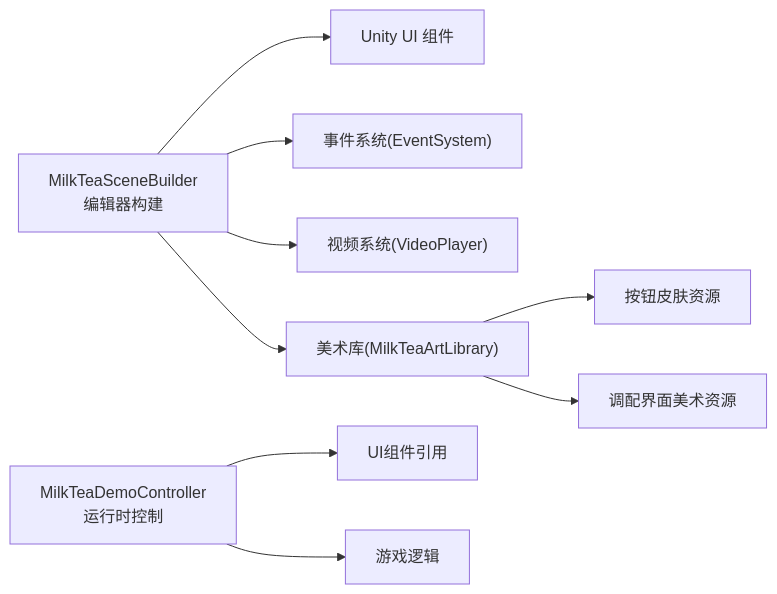
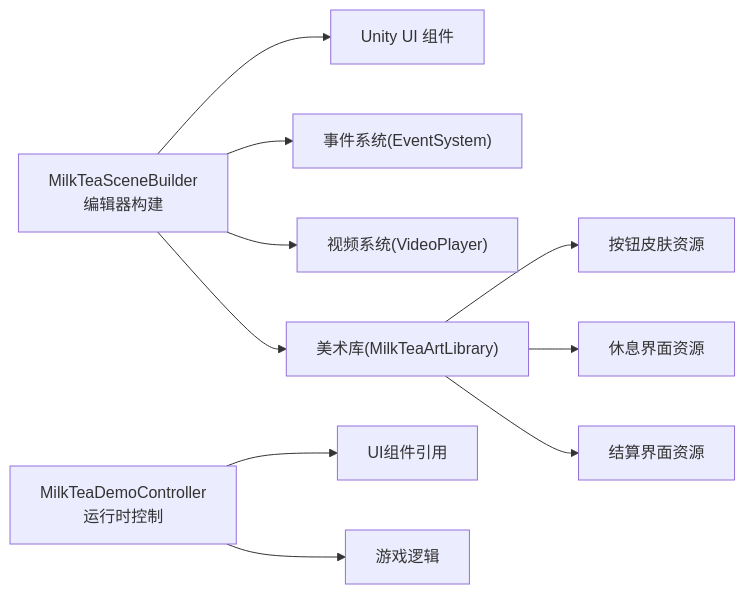
The fifth of 5 diagrams in .qoder/repowiki/zh/content/核心系统详解/UI系统架构.md (Thanatos42/-demo), drawn with Mermaid before and after one commit. The commit also changed other lines of this file and 2 other files, not shown here.

````diff
--- a/.qoder/repowiki/zh/content/核心系统详解/UI系统架构.md
+++ b/.qoder/repowiki/zh/content/核心系统详解/UI系统架构.md
@@ -391,11 +401,12 @@
 ```mermaid
 graph LR
 Builder["MilkTeaSceneBuilder<br/>编辑器构建"] --> UnityUI["Unity UI 组件"]
 Builder --> EventSys["事件系统(EventSystem)"]
 Builder --> Video["视频系统(VideoPlayer)"]
 Builder --> ArtLib["美术库(MilkTeaArtLibrary)"]
 Controller["MilkTeaDemoController<br/>运行时控制"] --> UIRefs["UI组件引用"]
 Controller --> GameLogic["游戏逻辑"]
 ArtLib --> ButtonSkins["按钮皮肤资源"]
-ArtLib --> MixingAssets["调配界面美术资源"]
+ArtLib --> RestAssets["休息界面资源"]
+ArtLib --> SettlementAssets["结算界面资源"]
 ```
````
